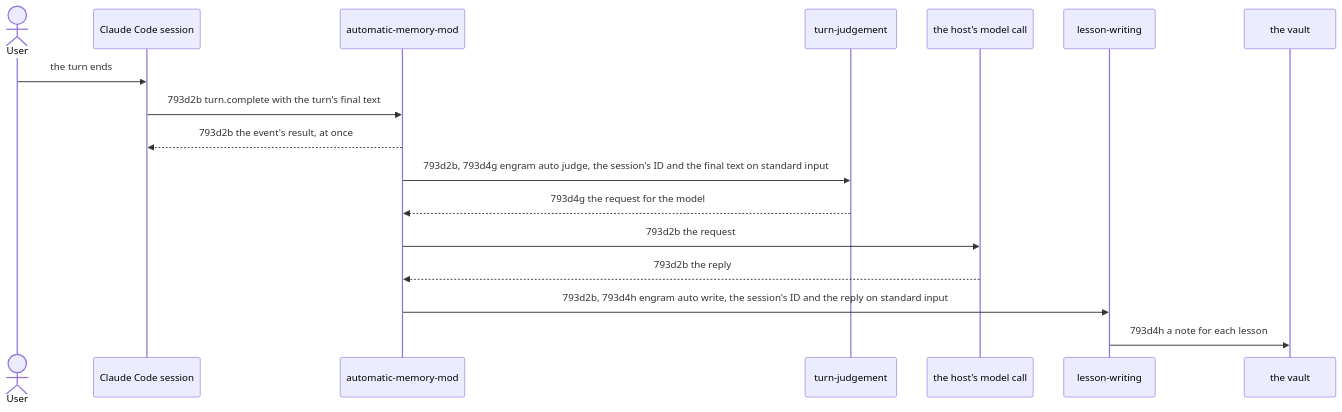
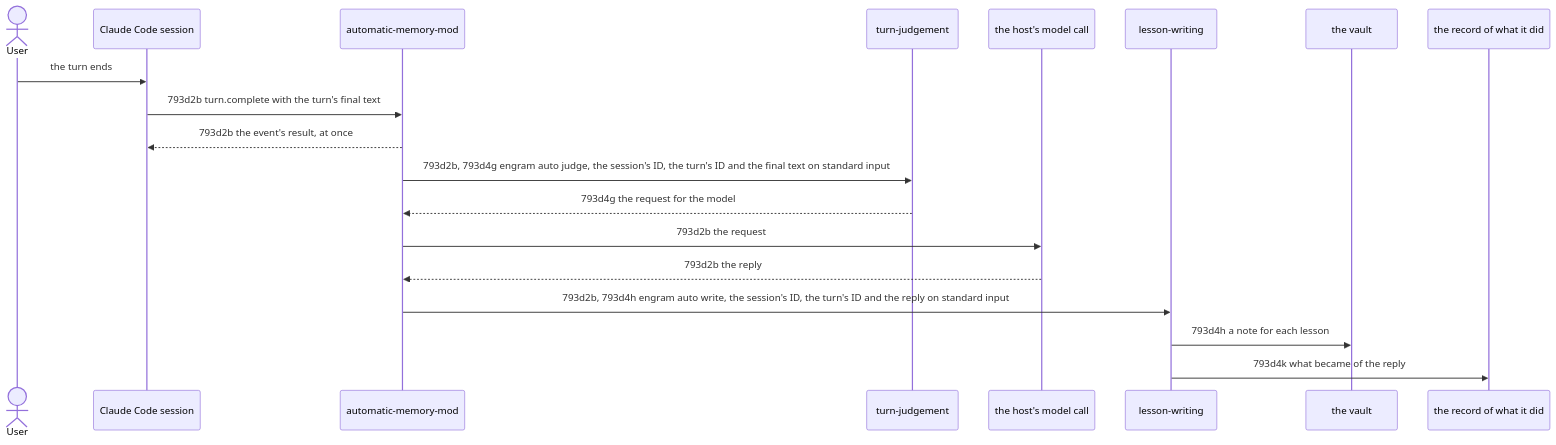
Before and after one commit to toejough/engram: the second of 2 diagrams in docs/changes/793_automatic-memory/793d_technical-spec.md, drawn with Mermaid. The commit also changed other lines of this file and 1 other file, not shown here.

First line of the commit message:
docs(793d,e): the record of what automatic memory did, the report of a failed step, and the catalog rows of the sixth node

````diff
--- a/docs/changes/793_automatic-memory/793d_technical-spec.md
+++ b/docs/changes/793_automatic-memory/793d_technical-spec.md
@@ -138,20 +138,22 @@
 ```mermaid
 sequenceDiagram
     actor User
     participant Session as Claude Code session
     participant Mod as automatic-memory-mod
     participant Judgement as turn-judgement
     participant Model as the host's model call
     participant Writing as lesson-writing
     participant Vault as the vault
+    participant Record as the record of what it did
 
     User->>Session: the turn ends
     Session->>Mod: 793d2b turn.complete with the turn's final text
     Mod-->>Session: 793d2b the event's result, at once
-    Mod->>Judgement: 793d2b, 793d4g engram auto judge, the session's ID and the final text on standard input
+    Mod->>Judgement: 793d2b, 793d4g engram auto judge, the session's ID, the turn's ID and the final text on standard input
     Judgement-->>Mod: 793d4g the request for the model
     Mod->>Model: 793d2b the request
     Model-->>Mod: 793d2b the reply
-    Mod->>Writing: 793d2b, 793d4h engram auto write, the session's ID and the reply on standard input
+    Mod->>Writing: 793d2b, 793d4h engram auto write, the session's ID, the turn's ID and the reply on standard input
     Writing->>Vault: 793d4h a note for each lesson
+    Writing->>Record: 793d4k what became of the reply
 ```
````
